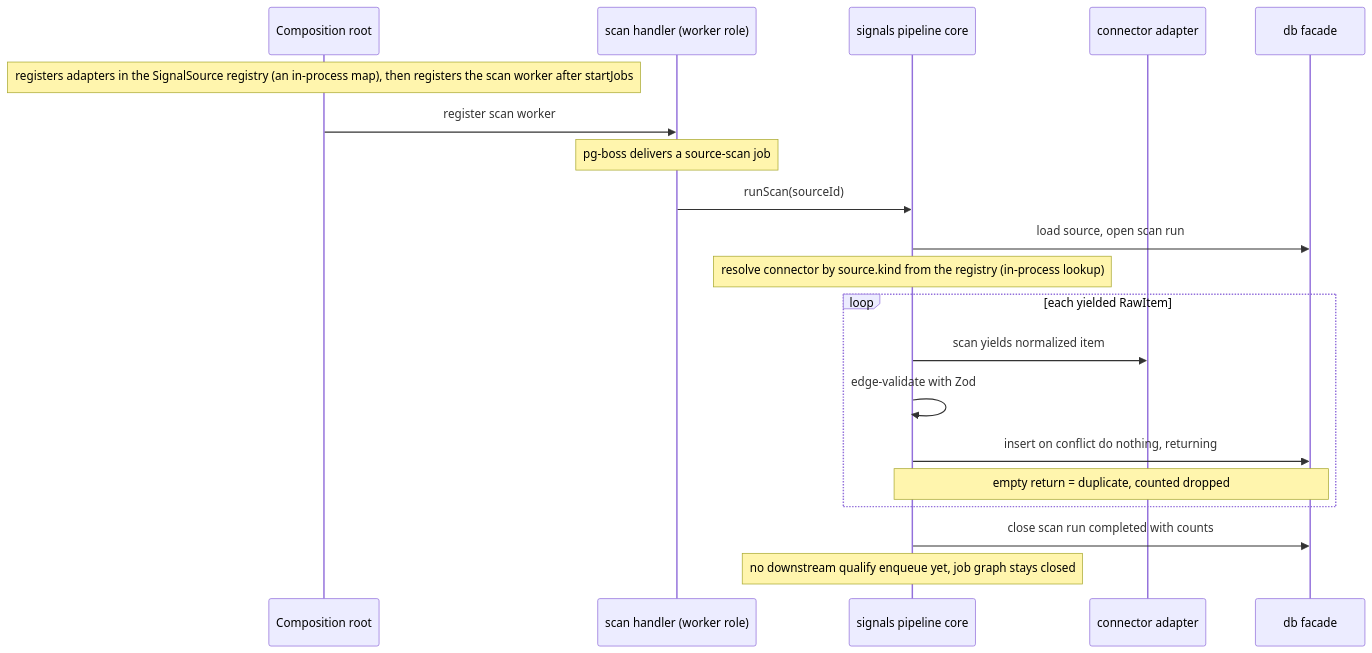
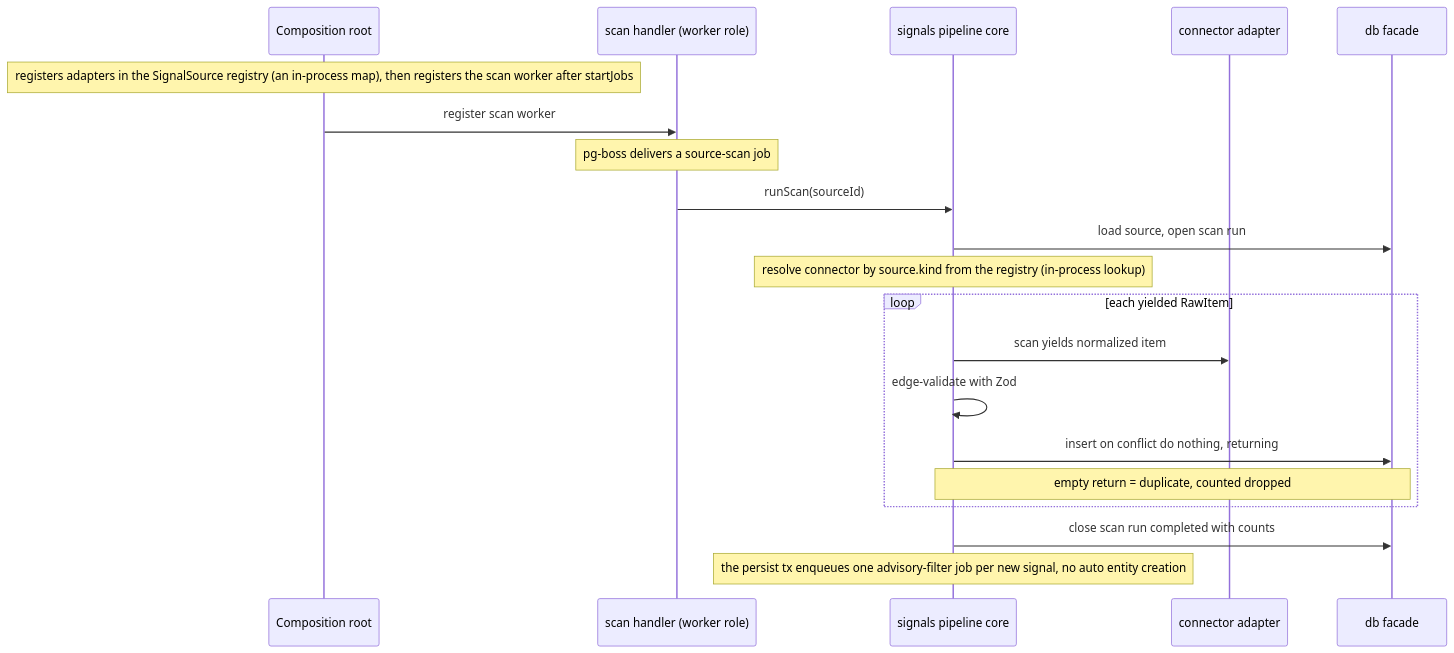
The ninth of 10 diagrams in docs/architecture/system-design.md (m-ratnikov/wisery-crm), drawn with Mermaid before and after one commit. The commit also changed other lines of this file and 20 other files, not shown here.

First line of the commit message:
Land engagement-rework architecture (ADR-0019..0021) into canon

````diff
--- a/docs/architecture/system-design.md
+++ b/docs/architecture/system-design.md
@@ -510,23 +512,23 @@
 ```mermaid
 sequenceDiagram
     participant Boot as Composition root
     participant H as scan handler (worker role)
     participant Core as signals pipeline core
     participant Conn as connector adapter
     participant DB as db facade
 
     Note over Boot: registers adapters in the SignalSource registry (an in-process map), then registers the scan worker after startJobs
     Boot->>H: register scan worker
     Note over H: pg-boss delivers a source-scan job
     H->>Core: runScan(sourceId)
     Core->>DB: load source, open scan run
     Note over Core: resolve connector by source.kind from the registry (in-process lookup)
     loop each yielded RawItem
         Core->>Conn: scan yields normalized item
         Core->>Core: edge-validate with Zod
         Core->>DB: insert on conflict do nothing, returning
         Note over Core,DB: empty return = duplicate, counted dropped
     end
     Core->>DB: close scan run completed with counts
-    Note over Core: no downstream qualify enqueue yet, job graph stays closed
+    Note over Core: the persist tx enqueues one advisory-filter job per new signal, no auto entity creation
 ```
````
